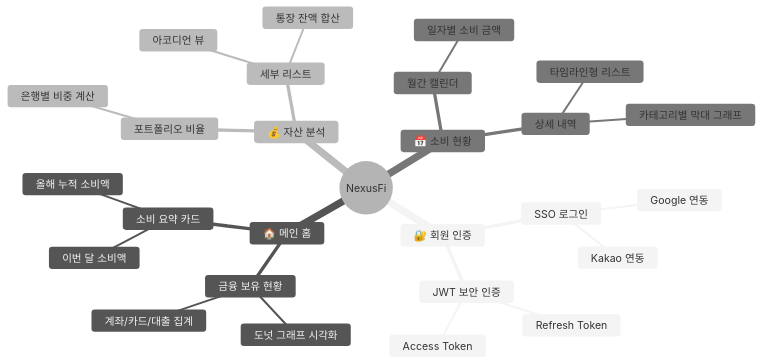
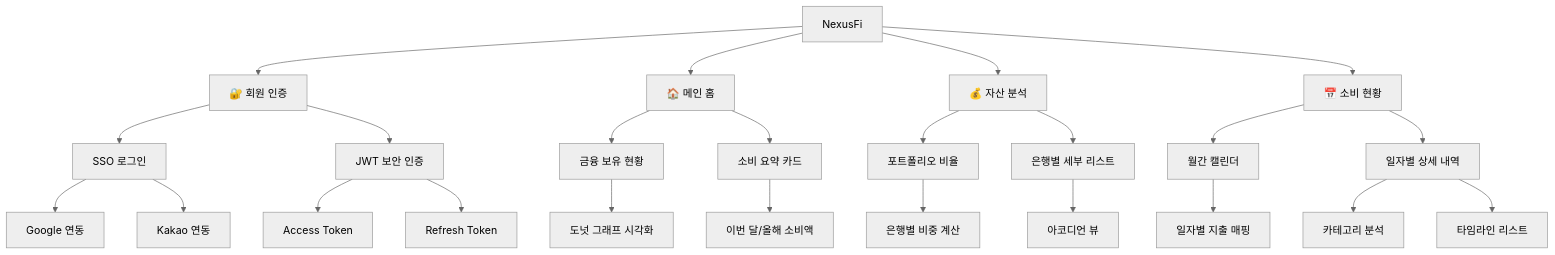
One commit to NexusFi-Team/.github changed the diagram in profile/README.md. Above: the diagram before and after it, drawn with Mermaid (neutral theme).

Commit message:
Docs: Simplify functional spec structure to tree format

````diff
--- a/profile/README.md
+++ b/profile/README.md
@@ -34,30 +34,30 @@
 ```mermaid
-mindmap
-  root((NexusFi))
-    🔐 회원 인증
-      SSO 로그인
-        Google 연동
-        Kakao 연동
-      JWT 보안 인증
-        Access Token
-        Refresh Token
-    🏠 메인 홈
-      금융 보유 현황
-        도넛 그래프 시각화
-        계좌/카드/대출 집계
-      소비 요약 카드
-        이번 달 소비액
-        올해 누적 소비액
-    💰 자산 분석
-      포트폴리오 비율
-        은행별 비중 계산
-      세부 리스트
-        아코디언 뷰
-        통장 잔액 합산
-    📅 소비 현황
-      월간 캘린더
-        일자별 소비 금액
-      상세 내역
-        카테고리별 막대 그래프
-        타임라인형 리스트
+graph TD
+    Root[NexusFi] --> Auth[🔐 회원 인증]
+    Root --> Home[🏠 메인 홈]
+    Root --> Asset[💰 자산 분석]
+    Root --> Consumption[📅 소비 현황]
+
+    Auth --> SSO[SSO 로그인]
+    SSO --> Google[Google 연동]
+    SSO --> Kakao[Kakao 연동]
+    Auth --> JWT[JWT 보안 인증]
+    JWT --> AT[Access Token]
+    JWT --> RT[Refresh Token]
+
+    Home --> AssetStatus[금융 보유 현황]
+    AssetStatus --> Donut1[도넛 그래프 시각화]
+    Home --> Summary[소비 요약 카드]
+    Summary --> Monthly[이번 달/올해 소비액]
+
+    Asset --> Portfolio[포트폴리오 비율]
+    Portfolio --> Donut2[은행별 비중 계산]
+    Asset --> DetailList[은행별 세부 리스트]
+    DetailList --> Accordion[아코디언 뷰]
+
+    Consumption --> Calendar[월간 캘린더]
+    Calendar --> DailySum[일자별 지출 매핑]
+    Consumption --> DrillDown[일자별 상세 내역]
+    DrillDown --> BarChart[카테고리 분석]
+    DrillDown --> Timeline[타임라인 리스트]
 ```
````
